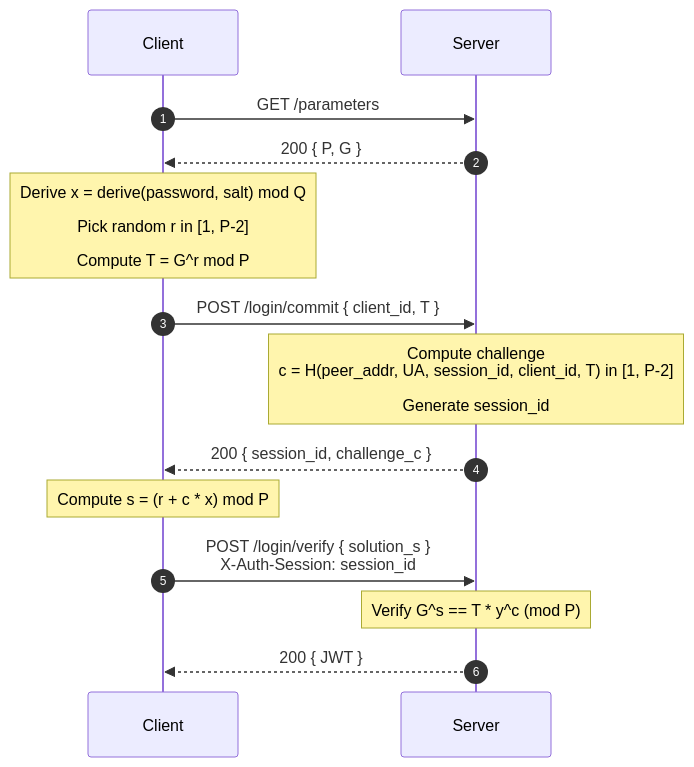
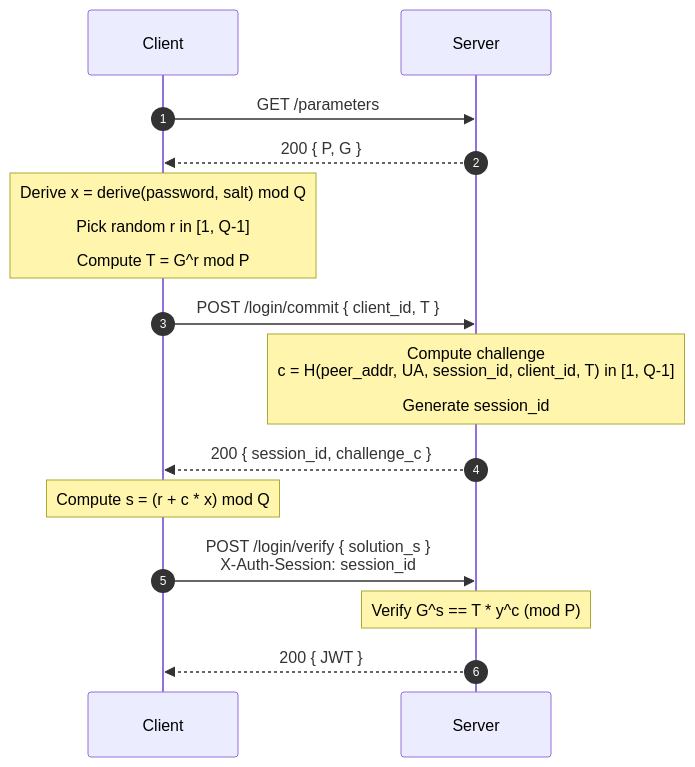
Before and after one commit to matei-rares-a/acas: the diagram in diagrams/done/client_server_sequence_high_level_login.mmd, drawn with Mermaid. The commit also changed 16 other files, not shown here.

```diff
--- a/diagrams/done/client_server_sequence_high_level_login.mmd
+++ b/diagrams/done/client_server_sequence_high_level_login.mmd
@@ -1,19 +1,19 @@
 sequenceDiagram
     autonumber
     participant C as Client
     participant S as Server
 
     C->>S: GET /parameters
     S-->>C: 200 { P, G }
 
-    Note over C: Derive x = derive(password, salt) mod Q<br/><br/> Pick random r in [1, P-2] <BR/><br/>Compute T = G^r mod P
+    Note over C: Derive x = derive(password, salt) mod Q<br/><br/> Pick random r in [1, Q-1] <BR/><br/>Compute T = G^r mod P
 
     C->>S: POST /login/commit { client_id, T }
-        Note over S: Compute challenge <br/> c = H(peer_addr, UA, session_id, client_id, T) in [1, P-2] <br/><br/>Generate session_id 
+        Note over S: Compute challenge <br/> c = H(peer_addr, UA, session_id, client_id, T) in [1, Q-1] <br/><br/>Generate session_id 
     S-->>C: 200 { session_id, challenge_c }
 
-    Note over C: Compute s = (r + c * x) mod P
+    Note over C: Compute s = (r + c * x) mod Q
 
     C->>S: POST /login/verify  { solution_s } <br/> X-Auth-Session: session_id 
     Note over S: Verify G^s == T * y^c (mod P)
     S-->>C: 200 { JWT }
```
